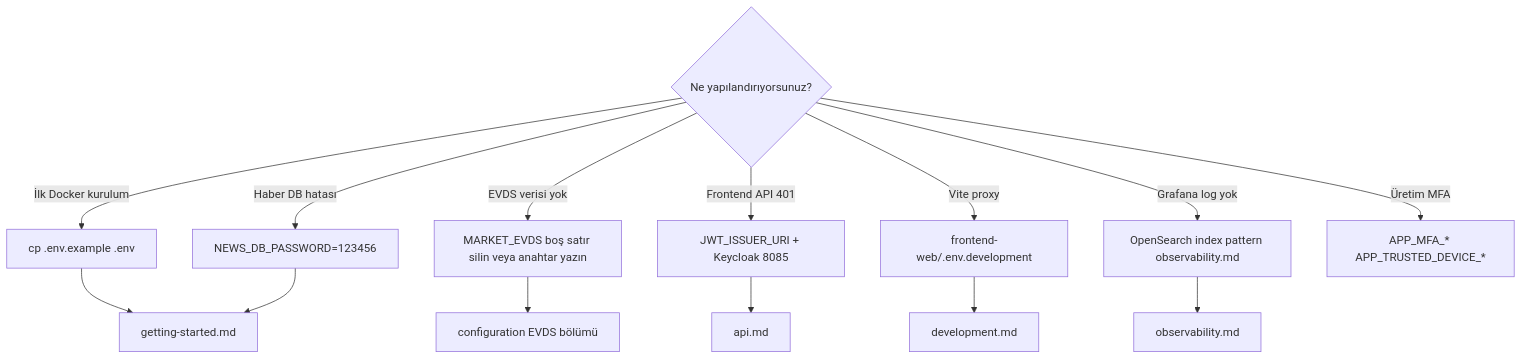
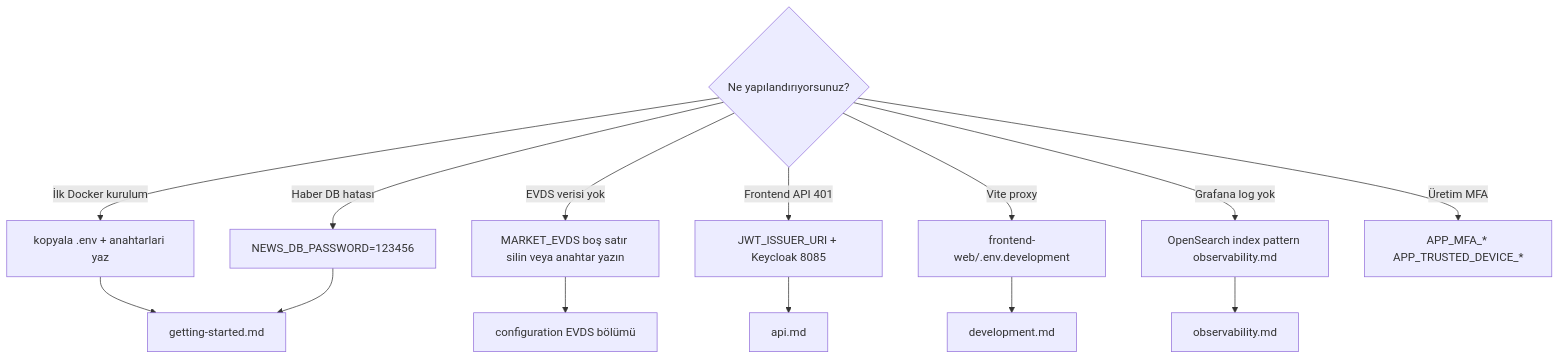
The fifth of 5 diagrams in docs/turkce/configuration.md (TaridaG/Toyota-32Bit-Finance-Platform), drawn with Mermaid before and after one commit. The commit also changed other lines of this file and 28 other files, not shown here.

````diff
--- a/docs/turkce/configuration.md
+++ b/docs/turkce/configuration.md
@@ -220,18 +231,18 @@
 ```mermaid
 flowchart TD
   Q{Ne yapılandırıyorsunuz?}
-  Q -->|İlk Docker kurulum| A[cp .env.example .env]
+  Q -->|İlk Docker kurulum| A[kopyala .env + anahtarlari yaz]
   Q -->|Haber DB hatası| B[NEWS_DB_PASSWORD=123456]
   Q -->|EVDS verisi yok| C[MARKET_EVDS boş satır silin veya anahtar yazın]
   Q -->|Frontend API 401| D[JWT_ISSUER_URI + Keycloak 8085]
   Q -->|Vite proxy| E[frontend-web/.env.development]
   Q -->|Grafana log yok| F[OpenSearch index pattern observability.md]
   Q -->|Üretim MFA| G[APP_MFA_* APP_TRUSTED_DEVICE_*]
 
   A --> DOC[getting-started.md]
   B --> DOC
   C --> EVDS[configuration EVDS bölümü]
   D --> API[api.md]
   E --> DEV[development.md]
   F --> OBS[observability.md]
 ```
````
